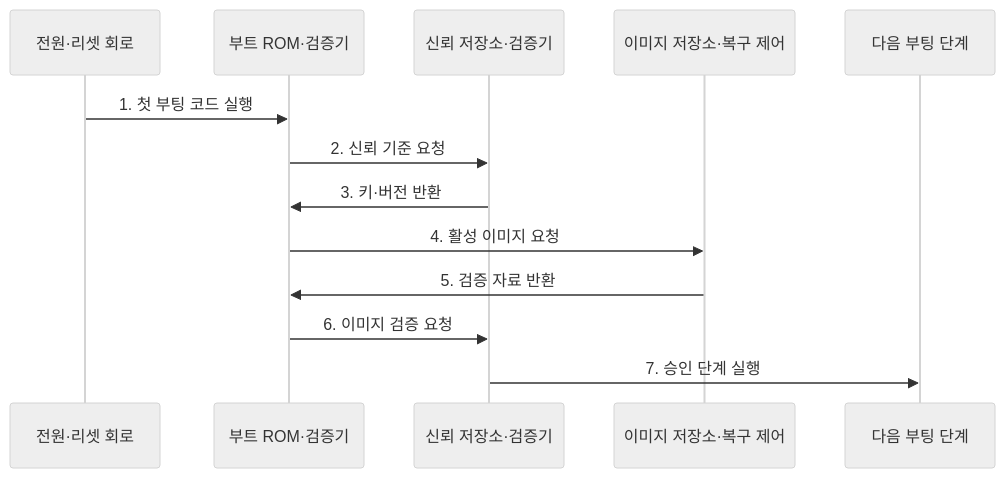
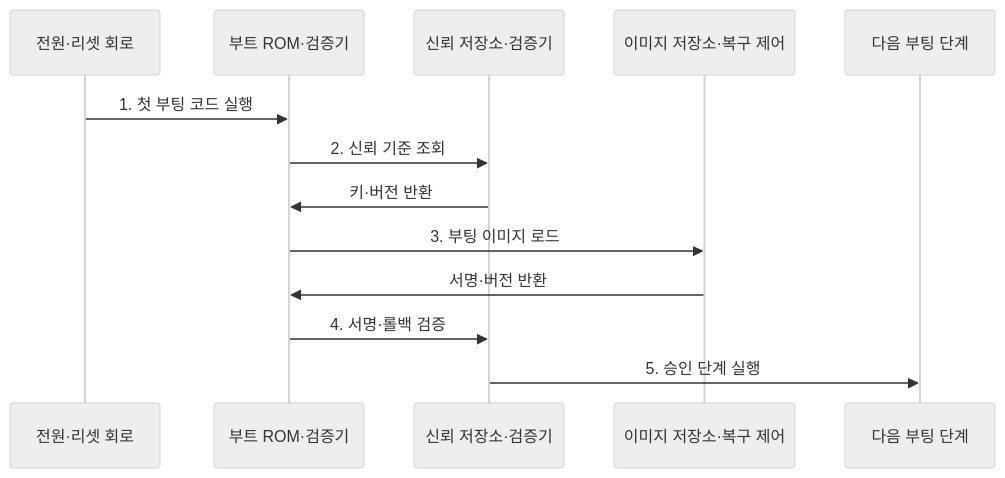
Before and after one commit to agnusdei1207/knowledge-base: the second of 2 diagrams in src/content/docs/notes/02-hardware/068_secure_boot.md, drawn with Mermaid (neutral theme). The commit also changed other lines of this file and 86 other files, not shown here.

````diff
--- a/src/content/docs/notes/02-hardware/068_secure_boot.md
+++ b/src/content/docs/notes/02-hardware/068_secure_boot.md
@@ -82,16 +82,16 @@
 ```mermaid
 sequenceDiagram
     participant P as 전원·리셋 회로
     participant B as 부트 ROM·검증기
     participant T as 신뢰 저장소·검증기
     participant S as 이미지 저장소·복구 제어
     participant N as 다음 부팅 단계
 
     P->>B: 1. 첫 부팅 코드 실행
-    B->>T: 2. 신뢰 기준 요청
-    T->>B: 3. 키·버전 반환
-    B->>S: 4. 활성 이미지 요청
-    S->>B: 5. 검증 자료 반환
-    B->>T: 6. 이미지 검증 요청
-    T->>N: 7. 승인 단계 실행
+    B->>T: 2. 신뢰 기준 조회
+    T->>B: 키·버전 반환
+    B->>S: 3. 부팅 이미지 로드
+    S->>B: 서명·버전 반환
+    B->>T: 4. 서명·롤백 검증
+    T->>N: 5. 승인 단계 실행
 ```
````
